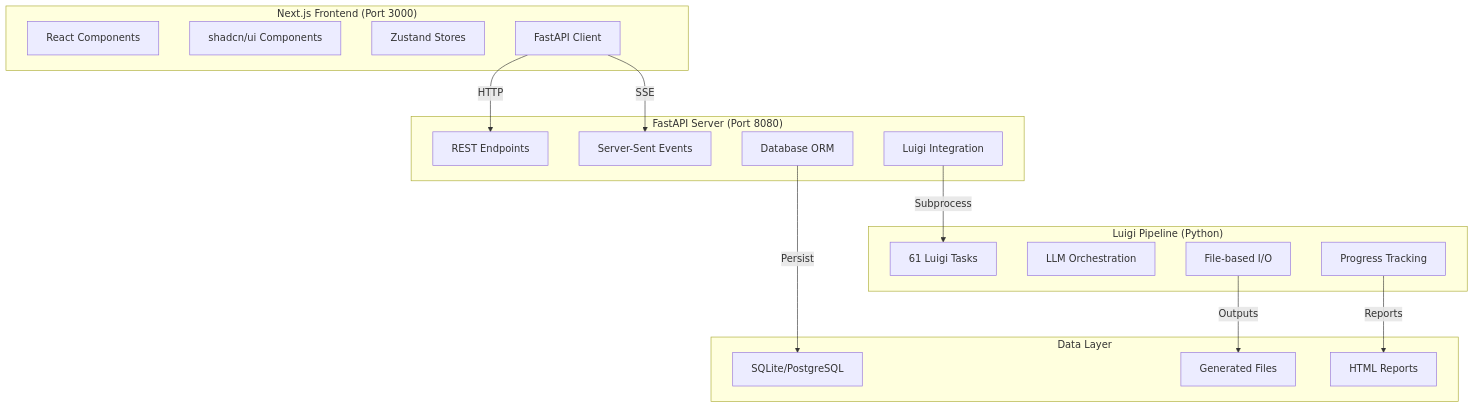
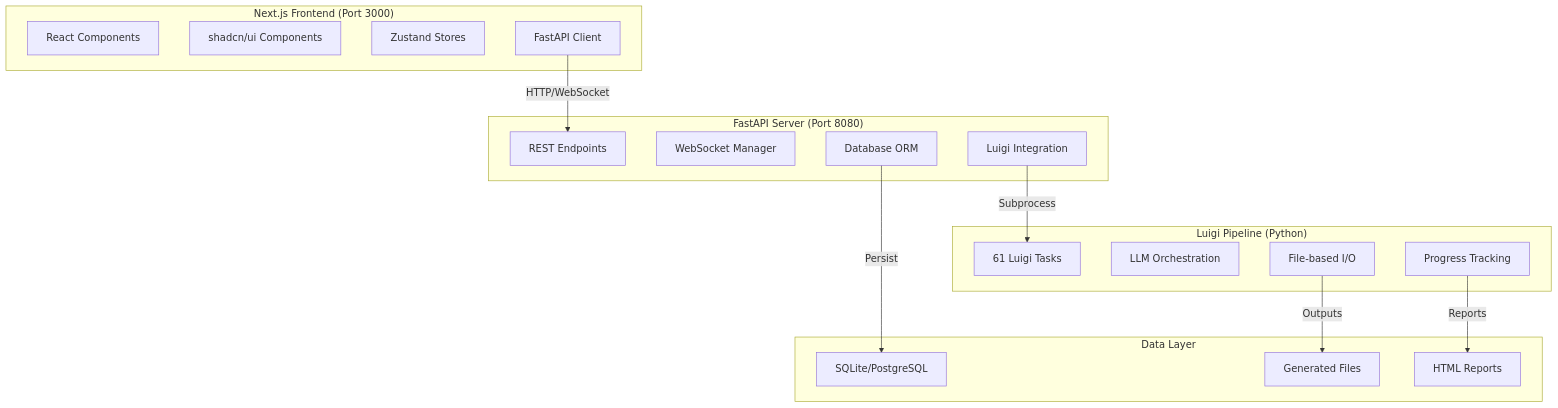
The diagram in AGENTS.md (neoneye/PlanExe), drawn with Mermaid before and after one commit. The commit also changed other lines of this file and 2 other files, not shown here.

````diff
--- a/AGENTS.md
+++ b/AGENTS.md
@@ -30,36 +30,35 @@
 ```mermaid
 flowchart TB
     subgraph Frontend ["Next.js Frontend (Port 3000)"]
         A1[React Components]
         A2[shadcn/ui Components]
         A3[Zustand Stores]
         A4[FastAPI Client]
     end
 
     subgraph API ["FastAPI Server (Port 8080)"]
         B1[REST Endpoints]
-        B2[Server-Sent Events]
+        B2[WebSocket Manager]
         B3[Database ORM]
         B4[Luigi Integration]
     end
 
     subgraph Pipeline ["Luigi Pipeline (Python)"]
         C1[61 Luigi Tasks]
         C2[LLM Orchestration]
         C3[File-based I/O]
         C4[Progress Tracking]
     end
 
     subgraph Storage ["Data Layer"]
         D1[SQLite/PostgreSQL]
         D2[Generated Files]
         D3[HTML Reports]
     end
 
-    A4 --HTTP--> B1
-    A4 --SSE--> B2
+    A4 --HTTP/WebSocket--> B1
     B4 --Subprocess--> C1
     B3 --Persist--> D1
     C3 --Outputs--> D2
     C4 --Reports--> D3
 ```
````
